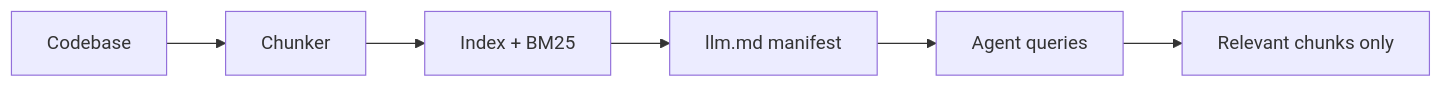
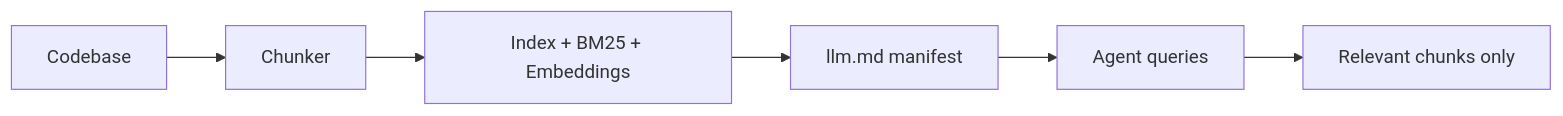
Before and after one commit to johnzfitch/llmx: the diagram in README.md, drawn with Mermaid. The commit also changed other lines of this file and 37 other files, not shown here.

````diff
--- a/README.md
+++ b/README.md
@@ -215,8 +201,8 @@
 ```mermaid
 flowchart LR
     A[Codebase] --> B[Chunker]
-    B --> C[Index + BM25]
+    B --> C[Index + BM25 + Embeddings]
     C --> D[llm.md manifest]
     D --> E[Agent queries]
     E --> F[Relevant chunks only]
 ```
````
